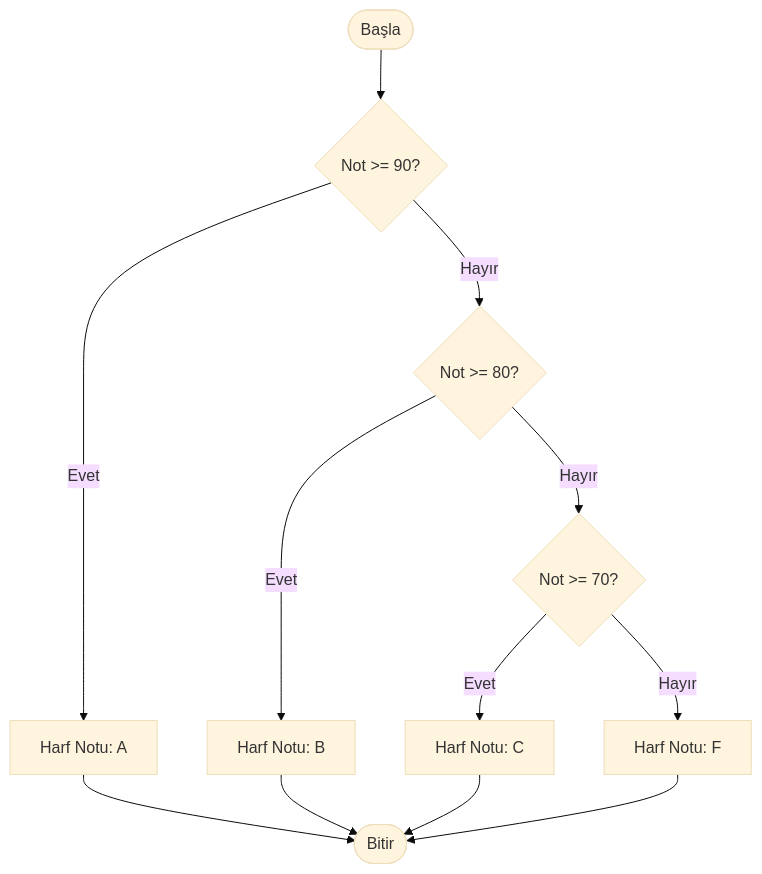
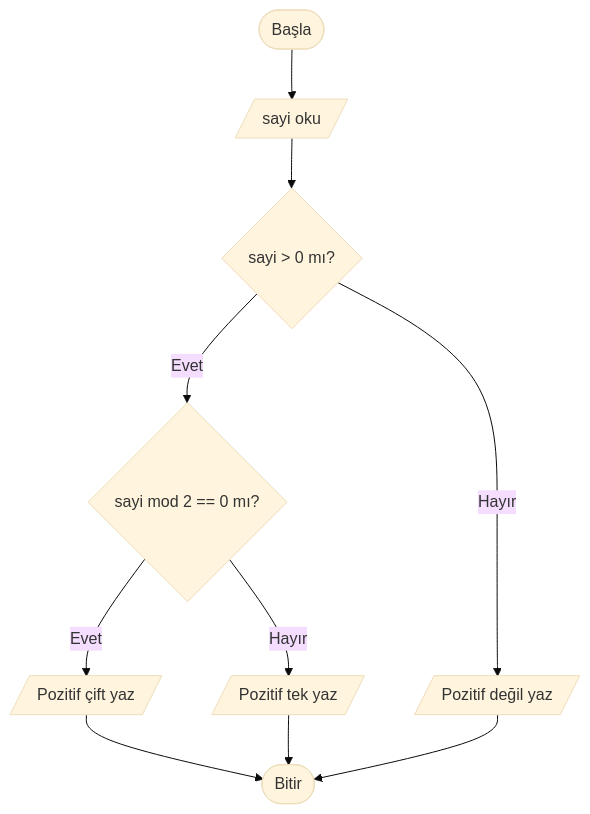
One commit to abdullatifkaban/Algorithm changed the fourth of 5 diagrams in Topics/04-Decision-Structures.md. Above: the diagram before and after it, drawn with Mermaid (base theme). The commit also changed other lines of this file and 33 other files, not shown here.

````diff
--- a/Topics/04-Decision-Structures.md
+++ b/Topics/04-Decision-Structures.md
@@ -100,15 +214,12 @@
 ```mermaid
 flowchart TD
-    A([Başla]) --> B{Not >= 90?}
-    B -- Evet --> C[Harf Notu: A]
-    B -- Hayır --> D{Not >= 80?}
-    D -- Evet --> E[Harf Notu: B]
-    D -- Hayır --> F{Not >= 70?}
-    F -- Evet --> G[Harf Notu: C]
-    F -- Hayır --> H[Harf Notu: F]
-    C --> I([Bitir])
-    E --> I
-    G --> I
-    H --> I
-
+    A(["Başla"]) --> B[/"sayi oku"/]
+    B --> C{"sayi > 0 mı?"}
+    C -->|"Evet"| D{"sayi mod 2 == 0 mı?"}
+    C -->|"Hayır"| G[/"Pozitif değil yaz"/]
+    D -->|"Evet"| E[/"Pozitif çift yaz"/]
+    D -->|"Hayır"| F[/"Pozitif tek yaz"/]
+    E --> H(["Bitir"])
+    F --> H
+    G --> H
 ```
````
